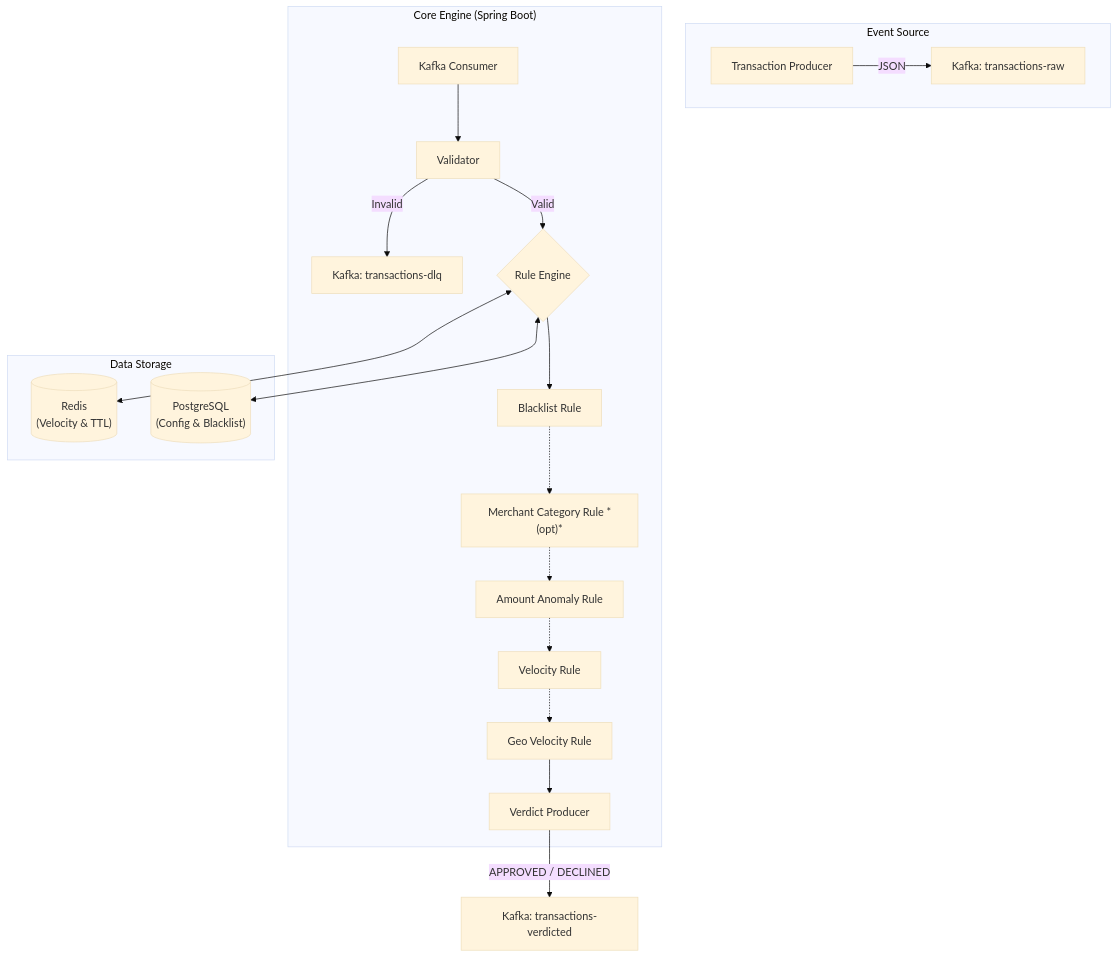
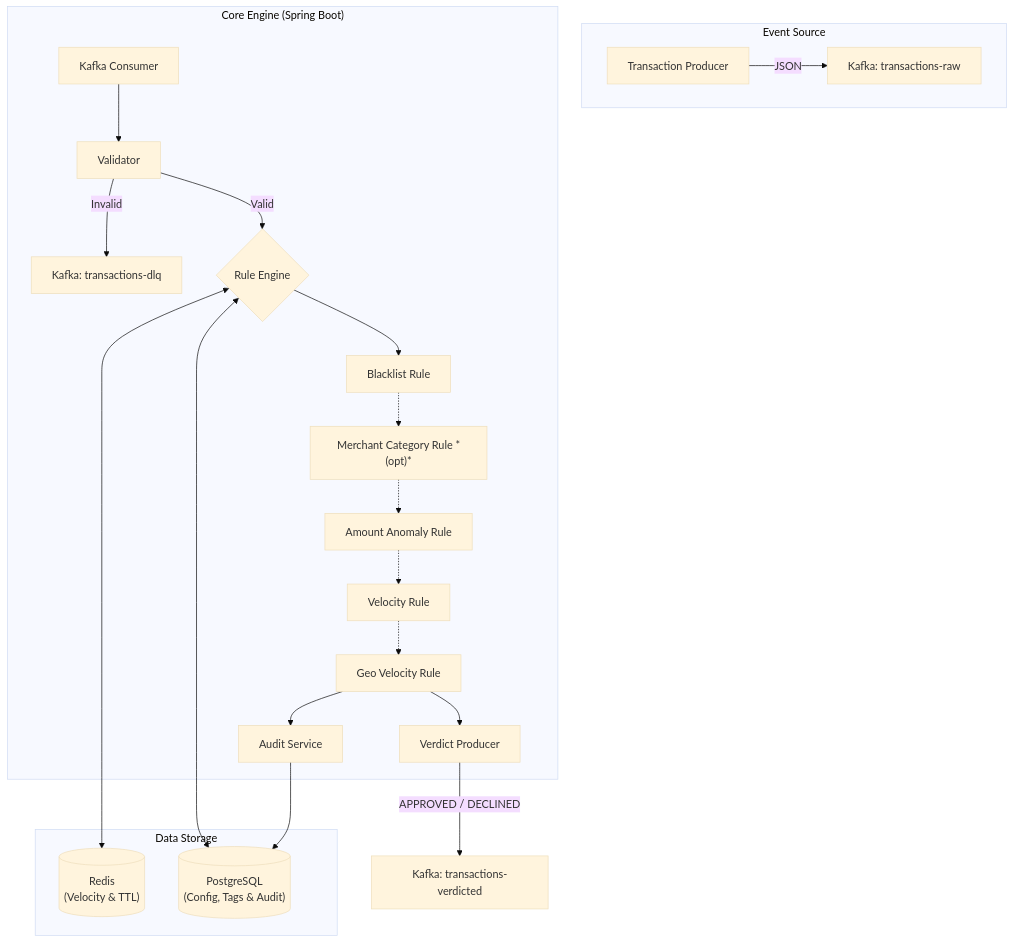
One commit to mahfaas/aegis-fraud-shield changed the diagram in README.md. Above: the diagram before and after it, drawn with Mermaid (base theme). The commit also changed other lines of this file and 6 other files, not shown here.

````diff
--- a/README.md
+++ b/README.md
@@ -36,30 +39,32 @@
 ```mermaid
 graph TB
     subgraph "Event Source"
         P["Transaction Producer"] -->|JSON| KIn["Kafka: transactions-raw"]
     end
 
     subgraph "Core Engine (Spring Boot)"
         C["Kafka Consumer"] --> V["Validator"]
         V -->|Invalid| KDLQ["Kafka: transactions-dlq"]
         V -->|Valid| RE{"Rule Engine"}
         
         RE --> R1["Blacklist Rule"]
         R1 -.-> R2["Merchant Category Rule *(opt)*"]
         R2 -.-> R3["Amount Anomaly Rule"]
         R3 -.-> R4["Velocity Rule"]
         R4 -.-> R5["Geo Velocity Rule"]
         
         R5 --> RP["Verdict Producer"]
+        R5 --> AS["Audit Service"]
     end
 
     subgraph "Data Storage"
         Redis[("Redis<br/>(Velocity & TTL)")]
-        PG[("PostgreSQL<br/>(Config & Blacklist)")]
+        PG[("PostgreSQL<br/>(Config, Tags & Audit)")]
     end
 
     RE <--> Redis
     RE <--> PG
+    AS --> PG
 
     RP -->|APPROVED / DECLINED| KOut["Kafka: transactions-verdicted"]
 ```
````
